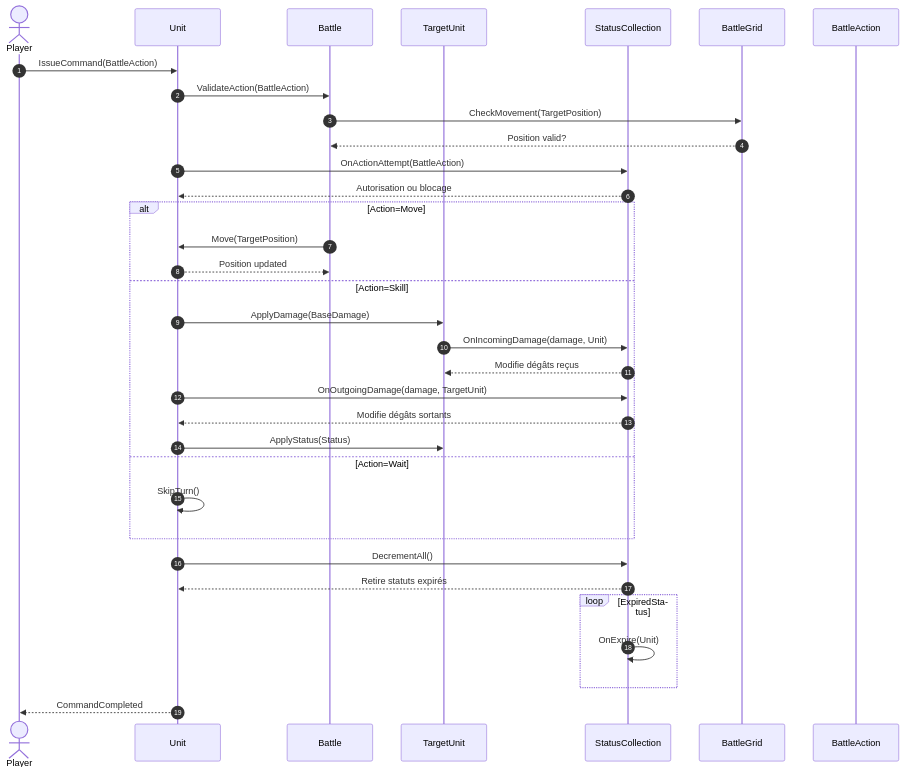
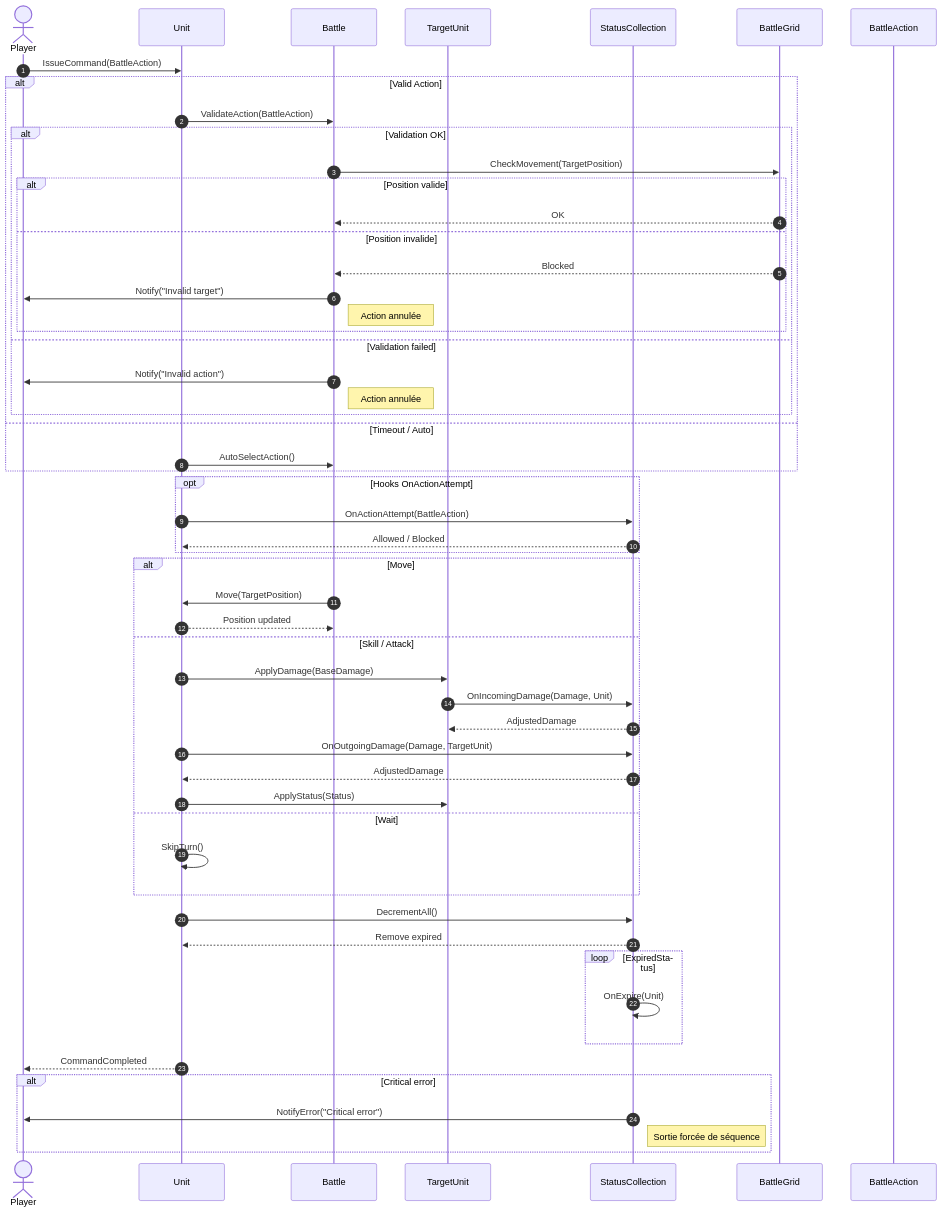
Before and after one commit to Gaetan1303/Aether-Engine: the diagram in doc/Actions unité.md, drawn with Mermaid. The commit also changed 5 other files, not shown here.

Commit message:
correction des mermaid et state machine

````diff
--- a/doc/Actions unité.md
+++ b/doc/Actions unité.md
@@ -1,53 +1,69 @@
 ```mermaid
 sequenceDiagram
     autonumber
     actor Player
     participant Unit
     participant Battle
     participant TargetUnit
     participant StatusCollection
     participant Grid as BattleGrid
     participant Action as BattleAction
 
-    %% =========================
     %% SÉLECTION DE LA COMMAND
-    %% =========================
     Player ->> Unit: IssueCommand(BattleAction)
-    Unit ->> Battle: ValidateAction(BattleAction)
-    Battle ->> Grid: CheckMovement(TargetPosition)
-    Grid -->> Battle: Position valid?
+    alt Valid Action
+        Unit ->> Battle: ValidateAction(BattleAction)
+        alt Validation OK
+            Battle ->> Grid: CheckMovement(TargetPosition)
+            alt Position valide
+                Grid -->> Battle: OK
+            else Position invalide
+                Grid -->> Battle: Blocked
+                Battle ->> Player: Notify("Invalid target")
+                note right of Battle: Action annulée
+            end
+        else Validation failed
+            Battle ->> Player: Notify("Invalid action")
+            note right of Battle: Action annulée
+        end
+    else Timeout / Auto
+        Unit ->> Battle: AutoSelectAction()
+    end
 
-    %% =========================
     %% HOOKS AVANT EXÉCUTION
-    %% =========================
-    Unit ->> StatusCollection: OnActionAttempt(BattleAction)
-    StatusCollection -->> Unit: Autorisation ou blocage
+    opt Hooks OnActionAttempt
+        Unit ->> StatusCollection: OnActionAttempt(BattleAction)
+        StatusCollection -->> Unit: Allowed / Blocked
+    end
 
-    %% =========================
     %% EXÉCUTION DE LA COMMAND
-    %% =========================
-    alt Action=Move
+    alt Move
         Battle ->> Unit: Move(TargetPosition)
         Unit -->> Battle: Position updated
-    else Action=Skill
+    else Skill / Attack
         Unit ->> TargetUnit: ApplyDamage(BaseDamage)
-        TargetUnit ->> StatusCollection: OnIncomingDamage(damage, Unit)
-        StatusCollection -->> TargetUnit: Modifie dégâts reçus
-        Unit ->> StatusCollection: OnOutgoingDamage(damage, TargetUnit)
-        StatusCollection -->> Unit: Modifie dégâts sortants
+        TargetUnit ->> StatusCollection: OnIncomingDamage(Damage, Unit)
+        StatusCollection -->> TargetUnit: AdjustedDamage
+        Unit ->> StatusCollection: OnOutgoingDamage(Damage, TargetUnit)
+        StatusCollection -->> Unit: AdjustedDamage
         Unit ->> TargetUnit: ApplyStatus(Status)
-    else Action=Wait
+    else Wait
         Unit ->> Unit: SkipTurn()
     end
 
-    %% =========================
     %% FIN DE LA COMMAND
-    %% =========================
     Unit ->> StatusCollection: DecrementAll()
-    StatusCollection -->> Unit: Retire statuts expirés
+    StatusCollection -->> Unit: Remove expired
     loop ExpiredStatus
         StatusCollection ->> StatusCollection: OnExpire(Unit)
     end
     Unit -->> Player: CommandCompleted
 
+    %% Chemins d'erreur critiques
+    alt Critical error
+        StatusCollection ->> Player: NotifyError("Critical error")
+        note right of StatusCollection: Sortie forcée de séquence
+    end
+
+
 ```
````
